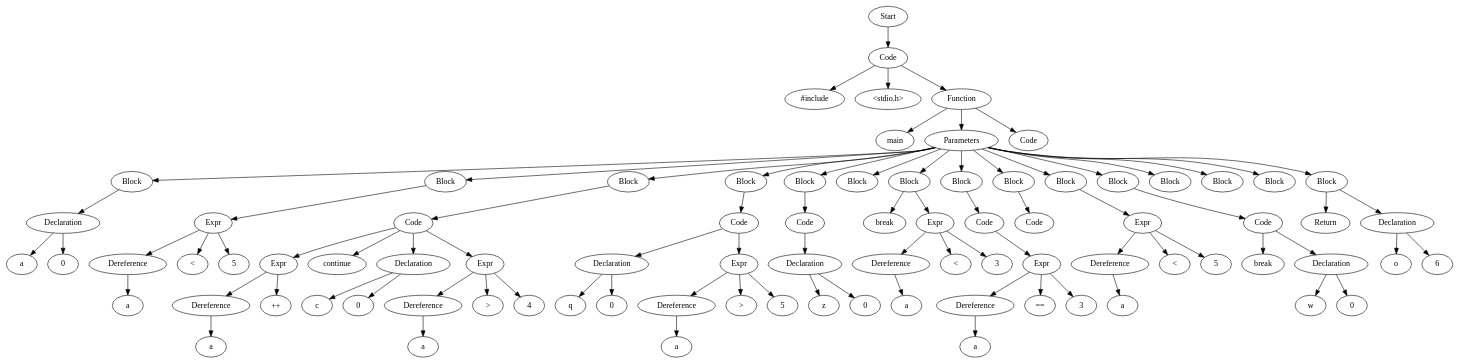
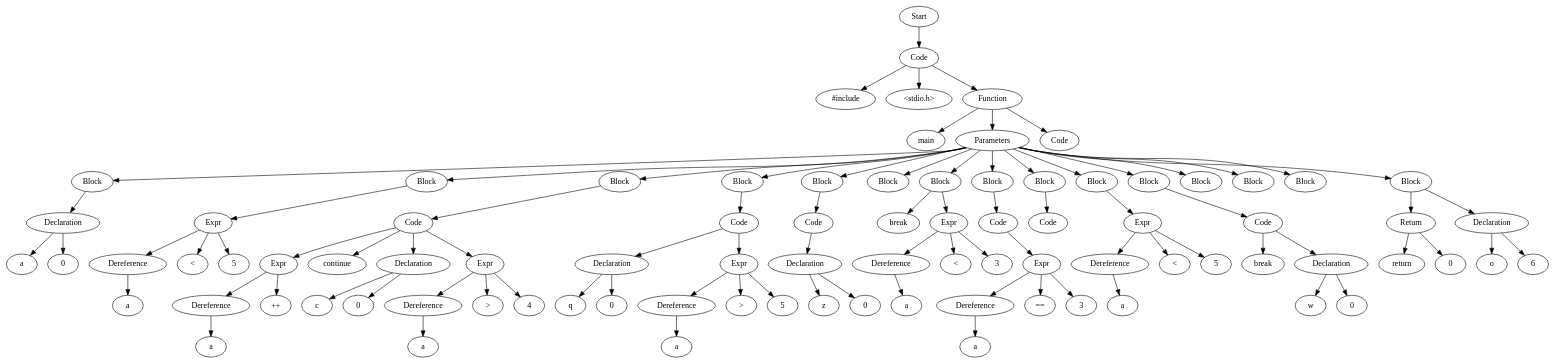
The diagram in TestCases/ASTTests/DeadCodeRemoveTests/CreateTests/read_file_before.dot (Are-you-listening/Compilers), drawn with Graphviz before and after one commit. The commit also changed 359 other files, not shown here.

```diff
--- a/TestCases/ASTTests/DeadCodeRemoveTests/CreateTests/read_file_before.dot
+++ b/TestCases/ASTTests/DeadCodeRemoveTests/CreateTests/read_file_before.dot
@@ -1,171 +1,175 @@
 digraph AST {
-  "129549671002752" [label="Start"];
-  "129549671002752" -> "129549671002464";
-  "129549671002464" [label="Code"];
-  "129549671002464" -> "129549671002368";
-  "129549671002464" -> "129549671002128";
-  "129549671002464" -> "129549671002032";
-  "129549671002368" [label="#include"];
-  "129549671002128" [label="<stdio.h>"];
-  "129549671002032" [label="Function"];
-  "129549671002032" -> "129549670995216";
-  "129549671002032" -> "129549670993872";
-  "129549671002032" -> "129549670995072";
-  "129549670995216" [label="main"];
-  "129549670993872" [label="Parameters"];
-  "129549670993872" -> "129549669112688";
-  "129549670993872" -> "129549669111776";
-  "129549670993872" -> "129549669112208";
-  "129549670993872" -> "129549669107504";
-  "129549670993872" -> "129549669106784";
-  "129549670993872" -> "129549669107456";
-  "129549670993872" -> "129549669108128";
-  "129549670993872" -> "129549669110240";
-  "129549670993872" -> "129549669109568";
-  "129549670993872" -> "129549669109328";
-  "129549670993872" -> "129549669109376";
-  "129549670993872" -> "129549669109424";
-  "129549670993872" -> "129549669110192";
-  "129549670993872" -> "129549669110864";
-  "129549670993872" -> "129549669112256";
-  "129549669112688" [label="Block"];
-  "129549669112688" -> "129549671004912";
-  "129549671004912" [label="Declaration"];
-  "129549671004912" -> "129549670994400";
-  "129549671004912" -> "129549670998672";
-  "129549670994400" [label="a"];
-  "129549670998672" [label="0"];
-  "129549669111776" [label="Block"];
-  "129549669111776" -> "129549670994016";
-  "129549670994016" [label="Expr"];
-  "129549670994016" -> "129549670996320";
-  "129549670994016" -> "129549671003280";
-  "129549670994016" -> "129549670991952";
-  "129549670996320" [label="Dereference"];
-  "129549670996320" -> "129549670998864";
-  "129549670998864" [label="a"];
-  "129549671003280" [label="<"];
-  "129549670991952" [label="5"];
-  "129549669112208" [label="Block"];
-  "129549669112208" -> "129549670999056";
-  "129549670999056" [label="Code"];
-  "129549670999056" -> "129549670994976";
-  "129549670999056" -> "129549670998480";
-  "129549670999056" -> "129549670991760";
-  "129549670999056" -> "129549671005680";
-  "129549670994976" [label="Expr"];
-  "129549670994976" -> "129549670999920";
-  "129549670994976" -> "129549670990800";
-  "129549670999920" [label="Dereference"];
-  "129549670999920" -> "129549670996656";
-  "129549670996656" [label="a"];
-  "129549670990800" [label="++"];
-  "129549670998480" [label="continue"];
-  "129549670991760" [label="Declaration"];
-  "129549670991760" -> "129549671005584";
-  "129549670991760" -> "129549671001504";
-  "129549671005584" [label="c"];
-  "129549671001504" [label="0"];
-  "129549671005680" [label="Expr"];
-  "129549671005680" -> "129549670991712";
-  "129549671005680" -> "129549670995696";
-  "129549671005680" -> "129549671005104";
-  "129549670991712" [label="Dereference"];
-  "129549670991712" -> "129549670990752";
-  "129549670990752" [label="a"];
-  "129549670995696" [label=">"];
-  "129549671005104" [label="4"];
-  "129549669107504" [label="Block"];
-  "129549669107504" -> "129549670991904";
-  "129549670991904" [label="Code"];
-  "129549670991904" -> "129549670992096";
-  "129549670991904" -> "129549671000640";
-  "129549670992096" [label="Declaration"];
-  "129549670992096" -> "129549671001120";
-  "129549670992096" -> "129549671000496";
-  "129549671001120" [label="q"];
-  "129549671000496" [label="0"];
-  "129549671000640" [label="Expr"];
-  "129549671000640" -> "129549670994784";
-  "129549671000640" -> "129549671000352";
-  "129549671000640" -> "129549671000208";
-  "129549670994784" [label="Dereference"];
-  "129549670994784" -> "129549671000160";
-  "129549671000160" [label="a"];
-  "129549671000352" [label=">"];
-  "129549671000208" [label="5"];
-  "129549669106784" [label="Block"];
-  "129549669106784" -> "129549670999968";
-  "129549670999968" [label="Code"];
-  "129549670999968" -> "129549670999680";
-  "129549670999680" [label="Declaration"];
-  "129549670999680" -> "129549670999488";
-  "129549670999680" -> "129549670999344";
-  "129549670999488" [label="z"];
-  "129549670999344" [label="0"];
-  "129549669107456" [label="Block"];
-  "129549669108128" [label="Block"];
-  "129549669108128" -> "129549671000688";
-  "129549669108128" -> "129549670999008";
-  "129549671000688" [label="break"];
-  "129549670999008" [label="Expr"];
-  "129549670999008" -> "129549671000400";
-  "129549670999008" -> "129549670993296";
-  "129549670999008" -> "129549670992528";
-  "129549671000400" [label="Dereference"];
-  "129549671000400" -> "129549670990320";
-  "129549670990320" [label="a"];
-  "129549670993296" [label="<"];
-  "129549670992528" [label="3"];
-  "129549669110240" [label="Block"];
-  "129549669110240" -> "129549670993152";
-  "129549670993152" [label="Code"];
-  "129549670993152" -> "129549670998720";
-  "129549670998720" [label="Expr"];
-  "129549670998720" -> "129549671000736";
-  "129549670998720" -> "129549670993200";
-  "129549670998720" -> "129549670998384";
-  "129549671000736" [label="Dereference"];
-  "129549671000736" -> "129549670998192";
-  "129549670998192" [label="a"];
-  "129549670993200" [label="=="];
-  "129549670998384" [label="3"];
-  "129549669109568" [label="Block"];
-  "129549669109568" -> "129549671004672";
-  "129549671004672" [label="Code"];
-  "129549669109328" [label="Block"];
-  "129549669109328" -> "129549671004576";
-  "129549671004576" [label="Expr"];
-  "129549671004576" -> "129549670993728";
-  "129549671004576" -> "129549670997328";
-  "129549671004576" -> "129549670997184";
-  "129549670993728" [label="Dereference"];
-  "129549670993728" -> "129549670997712";
-  "129549670997712" [label="a"];
-  "129549670997328" [label="<"];
-  "129549670997184" [label="5"];
-  "129549669109376" [label="Block"];
-  "129549669109376" -> "129549670997040";
-  "129549670997040" [label="Code"];
-  "129549670997040" -> "129549670997376";
-  "129549670997040" -> "129549670996224";
-  "129549670997376" [label="break"];
-  "129549670996224" [label="Declaration"];
-  "129549670996224" -> "129549671004096";
-  "129549670996224" -> "129549670995552";
-  "129549671004096" [label="w"];
-  "129549670995552" [label="0"];
-  "129549669109424" [label="Block"];
-  "129549669110192" [label="Block"];
-  "129549669110864" [label="Block"];
-  "129549669112256" [label="Block"];
-  "129549669112256" -> "129549670999440";
-  "129549669112256" -> "129549670996848";
-  "129549670999440" [label="Return"];
-  "129549670996848" [label="Declaration"];
-  "129549670996848" -> "129549671004480";
-  "129549670996848" -> "129549670997952";
-  "129549671004480" [label="o"];
-  "129549670997952" [label="6"];
-  "129549670995072" [label="Code"];
+  "124237280625472" [label="Start"];
+  "124237280625472" -> "124237280636944";
+  "124237280636944" [label="Code"];
+  "124237280636944" -> "124237280624896";
+  "124237280636944" -> "124237280637280";
+  "124237280636944" -> "124237280637088";
+  "124237280624896" [label="#include"];
+  "124237280637280" [label="<stdio.h>"];
+  "124237280637088" [label="Function"];
+  "124237280637088" -> "124237280637568";
+  "124237280637088" -> "124237280637904";
+  "124237280637088" -> "124237280631520";
+  "124237280637568" [label="main"];
+  "124237280637904" [label="Parameters"];
+  "124237280637904" -> "124237278763696";
+  "124237280637904" -> "124237278762784";
+  "124237280637904" -> "124237278763216";
+  "124237280637904" -> "124237278758512";
+  "124237280637904" -> "124237280636416";
+  "124237280637904" -> "124237278758464";
+  "124237280637904" -> "124237278759136";
+  "124237280637904" -> "124237278761248";
+  "124237280637904" -> "124237278760576";
+  "124237280637904" -> "124237278760336";
+  "124237280637904" -> "124237278760384";
+  "124237280637904" -> "124237278760432";
+  "124237280637904" -> "124237278761200";
+  "124237280637904" -> "124237278761872";
+  "124237280637904" -> "124237278763264";
+  "124237278763696" [label="Block"];
+  "124237278763696" -> "124237280626192";
+  "124237280626192" [label="Declaration"];
+  "124237280626192" -> "124237280636656";
+  "124237280626192" -> "124237280640544";
+  "124237280636656" [label="a"];
+  "124237280640544" [label="0"];
+  "124237278762784" [label="Block"];
+  "124237278762784" -> "124237280628832";
+  "124237280628832" [label="Expr"];
+  "124237280628832" -> "124237280637232";
+  "124237280628832" -> "124237280637040";
+  "124237280628832" -> "124237280633824";
+  "124237280637232" [label="Dereference"];
+  "124237280637232" -> "124237280637136";
+  "124237280637136" [label="a"];
+  "124237280637040" [label="<"];
+  "124237280633824" [label="5"];
+  "124237278763216" [label="Block"];
+  "124237278763216" -> "124237280626720";
+  "124237280626720" [label="Code"];
+  "124237280626720" -> "124237280630560";
+  "124237280626720" -> "124237280629744";
+  "124237280626720" -> "124237280625520";
+  "124237280626720" -> "124237280636128";
+  "124237280630560" [label="Expr"];
+  "124237280630560" -> "124237280635792";
+  "124237280630560" -> "124237280639824";
+  "124237280635792" [label="Dereference"];
+  "124237280635792" -> "124237280626816";
+  "124237280626816" [label="a"];
+  "124237280639824" [label="++"];
+  "124237280629744" [label="continue"];
+  "124237280625520" [label="Declaration"];
+  "124237280625520" -> "124237280638816";
+  "124237280625520" -> "124237280636272";
+  "124237280638816" [label="c"];
+  "124237280636272" [label="0"];
+  "124237280636128" [label="Expr"];
+  "124237280636128" -> "124237280633728";
+  "124237280636128" -> "124237280626864";
+  "124237280636128" -> "124237280627776";
+  "124237280633728" [label="Dereference"];
+  "124237280633728" -> "124237280633488";
+  "124237280633488" [label="a"];
+  "124237280626864" [label=">"];
+  "124237280627776" [label="4"];
+  "124237278758512" [label="Block"];
+  "124237278758512" -> "124237280630656";
+  "124237280630656" [label="Code"];
+  "124237280630656" -> "124237280639776";
+  "124237280630656" -> "124237280635984";
+  "124237280639776" [label="Declaration"];
+  "124237280639776" -> "124237280635936";
+  "124237280639776" -> "124237280630128";
+  "124237280635936" [label="q"];
+  "124237280630128" [label="0"];
+  "124237280635984" [label="Expr"];
+  "124237280635984" -> "124237280639872";
+  "124237280635984" -> "124237280635552";
+  "124237280635984" -> "124237280635744";
+  "124237280639872" [label="Dereference"];
+  "124237280639872" -> "124237280635360";
+  "124237280635360" [label="a"];
+  "124237280635552" [label=">"];
+  "124237280635744" [label="5"];
+  "124237280636416" [label="Block"];
+  "124237280636416" -> "124237280635024";
+  "124237280635024" [label="Code"];
+  "124237280635024" -> "124237280635168";
+  "124237280635168" [label="Declaration"];
+  "124237280635168" -> "124237280634688";
+  "124237280635168" -> "124237280634880";
+  "124237280634688" [label="z"];
+  "124237280634880" [label="0"];
+  "124237278758464" [label="Block"];
+  "124237278759136" [label="Block"];
+  "124237278759136" -> "124237280629408";
+  "124237278759136" -> "124237280634160";
+  "124237280629408" [label="break"];
+  "124237280634160" [label="Expr"];
+  "124237280634160" -> "124237280633200";
+  "124237280634160" -> "124237280634208";
+  "124237280634160" -> "124237280626528";
+  "124237280633200" [label="Dereference"];
+  "124237280633200" -> "124237280634304";
+  "124237280634304" [label="a"];
+  "124237280634208" [label="<"];
+  "124237280626528" [label="3"];
+  "124237278761248" [label="Block"];
+  "124237278761248" -> "124237280629648";
+  "124237280629648" [label="Code"];
+  "124237280629648" -> "124237280631376";
+  "124237280631376" [label="Expr"];
+  "124237280631376" -> "124237280629072";
+  "124237280631376" -> "124237280633296";
+  "124237280631376" -> "124237280632480";
+  "124237280629072" [label="Dereference"];
+  "124237280629072" -> "124237280630320";
+  "124237280630320" [label="a"];
+  "124237280633296" [label="=="];
+  "124237280632480" [label="3"];
+  "124237278760576" [label="Block"];
+  "124237278760576" -> "124237280633056";
+  "124237280633056" [label="Code"];
+  "124237278760336" [label="Block"];
+  "124237278760336" -> "124237280632720";
+  "124237280632720" [label="Expr"];
+  "124237280632720" -> "124237280632144";
+  "124237280632720" -> "124237280639584";
+  "124237280632720" -> "124237280632288";
+  "124237280632144" [label="Dereference"];
+  "124237280632144" -> "124237280631040";
+  "124237280631040" [label="a"];
+  "124237280639584" [label="<"];
+  "124237280632288" [label="5"];
+  "124237278760384" [label="Block"];
+  "124237278760384" -> "124237280630464";
+  "124237280630464" [label="Code"];
+  "124237280630464" -> "124237280639632";
+  "124237280630464" -> "124237280630944";
+  "124237280639632" [label="break"];
+  "124237280630944" [label="Declaration"];
+  "124237280630944" -> "124237280638864";
+  "124237280630944" -> "124237280639104";
+  "124237280638864" [label="w"];
+  "124237280639104" [label="0"];
+  "124237278760432" [label="Block"];
+  "124237278761200" [label="Block"];
+  "124237278761872" [label="Block"];
+  "124237278763264" [label="Block"];
+  "124237278763264" -> "124237280634352";
+  "124237278763264" -> "124237280639152";
+  "124237280634352" [label="Return"];
+  "124237280634352" -> "124237280633248";
+  "124237280634352" -> "124237280638960";
+  "124237280633248" [label="return"];
+  "124237280638960" [label="0"];
+  "124237280639152" [label="Declaration"];
+  "124237280639152" -> "124237280640976";
+  "124237280639152" -> "124237280632000";
+  "124237280640976" [label="o"];
+  "124237280632000" [label="6"];
+  "124237280631520" [label="Code"];
 }
```
